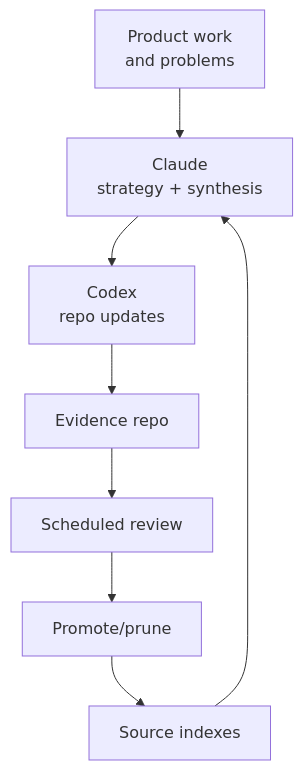
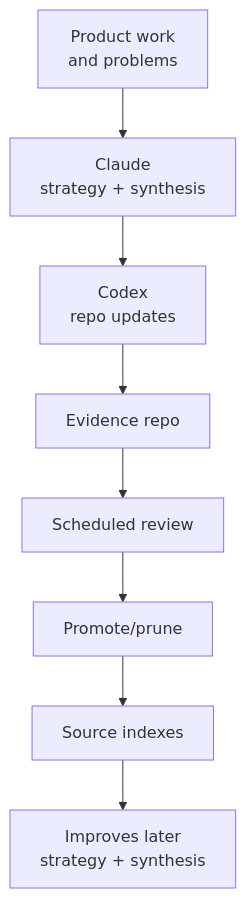
Before and after one commit to marcus-uden-dev/ai-native-proof-of-work: the diagram in workflows/AI_OPERATING_MODEL.md, drawn with Mermaid. The commit also changed 8 other files, not shown here.

Commit message:
Fix GitHub Mermaid clipping in workflow diagrams

````diff
--- a/workflows/AI_OPERATING_MODEL.md
+++ b/workflows/AI_OPERATING_MODEL.md
@@ -8,10 +8,10 @@
 ```mermaid
 flowchart TD
     A["Product work<br/>and problems"] --> B["Claude<br/>strategy + synthesis"]
     B --> C["Codex<br/>repo updates"]
     C --> D["Evidence repo"]
     D --> E["Scheduled review"]
     E --> F["Promote/prune"]
     F --> G["Source indexes"]
-    G --> B
+    G --> H["Improves later<br/>strategy + synthesis"]
 ```
````
